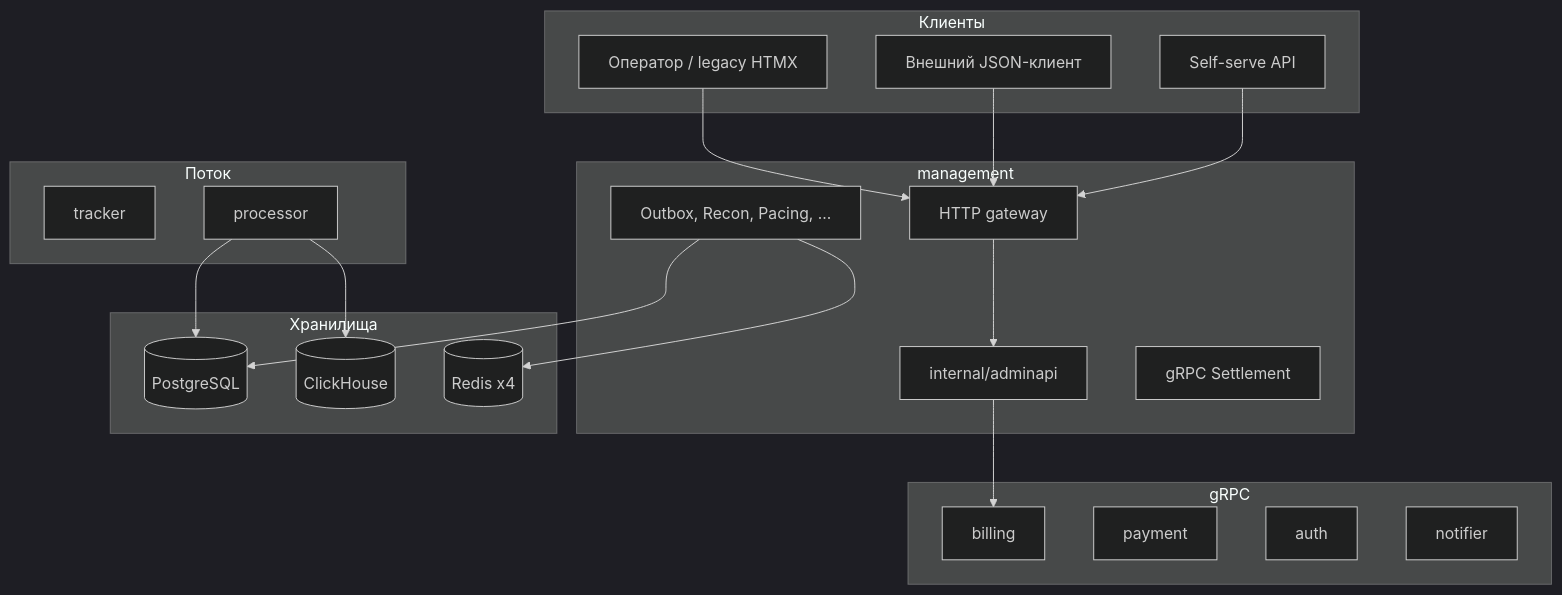
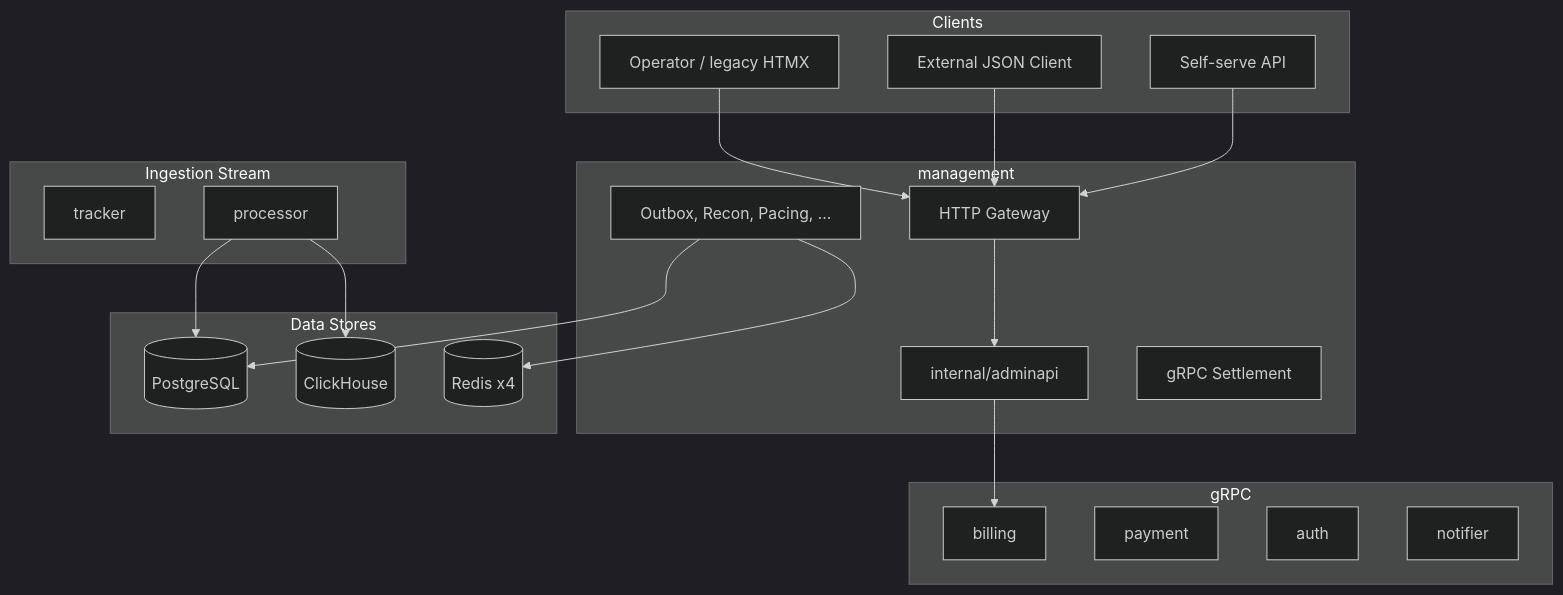
Before and after one commit to mykhailov-ua/eSPX: the diagram in docs/MANAGEMENT.md, drawn with Mermaid (dark theme). The commit also changed other lines of this file and 164 other files, not shown here.

````diff
--- a/docs/MANAGEMENT.md
+++ b/docs/MANAGEMENT.md
@@ -13,38 +13,38 @@
 ```mermaid
 flowchart TB
-    subgraph clients [Клиенты]
-        OpUI[Оператор / legacy HTMX]
-        ExtAPI[Внешний JSON-клиент]
+    subgraph clients [Clients]
+        OpUI[Operator / legacy HTMX]
+        ExtAPI[External JSON Client]
         Tenant[Self-serve API]
     end
     subgraph mgmt [management]
-        HTTP[HTTP gateway]
+        HTTP[HTTP Gateway]
         AdminAPI[internal/adminapi]
         Workers[Outbox, Recon, Pacing, ...]
         Settle[gRPC Settlement]
     end
     subgraph grpc [gRPC]
         Billing[billing]
         Payment[payment]
         Auth[auth]
         Notifier[notifier]
     end
-    subgraph stores [Хранилища]
+    subgraph stores [Data Stores]
         PG[(PostgreSQL)]
         CH[(ClickHouse)]
         Redis[(Redis x4)]
     end
-    subgraph ingest [Поток]
+    subgraph ingest [Ingestion Stream]
         Tracker[tracker]
         Processor[processor]
     end
     OpUI --> HTTP
     ExtAPI --> HTTP
     Tenant --> HTTP
     HTTP --> AdminAPI
     AdminAPI --> Billing
     Workers --> PG
     Workers --> Redis
     Processor --> PG
     Processor --> CH
 ```
````
